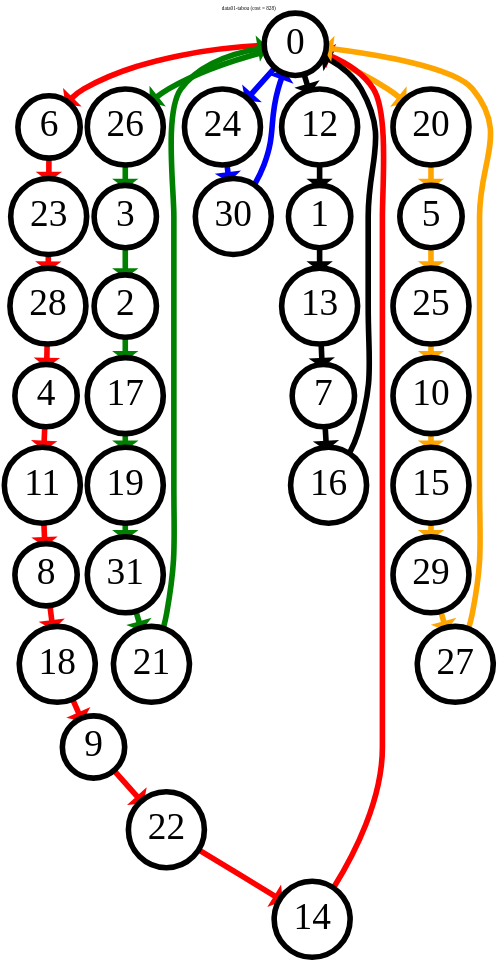
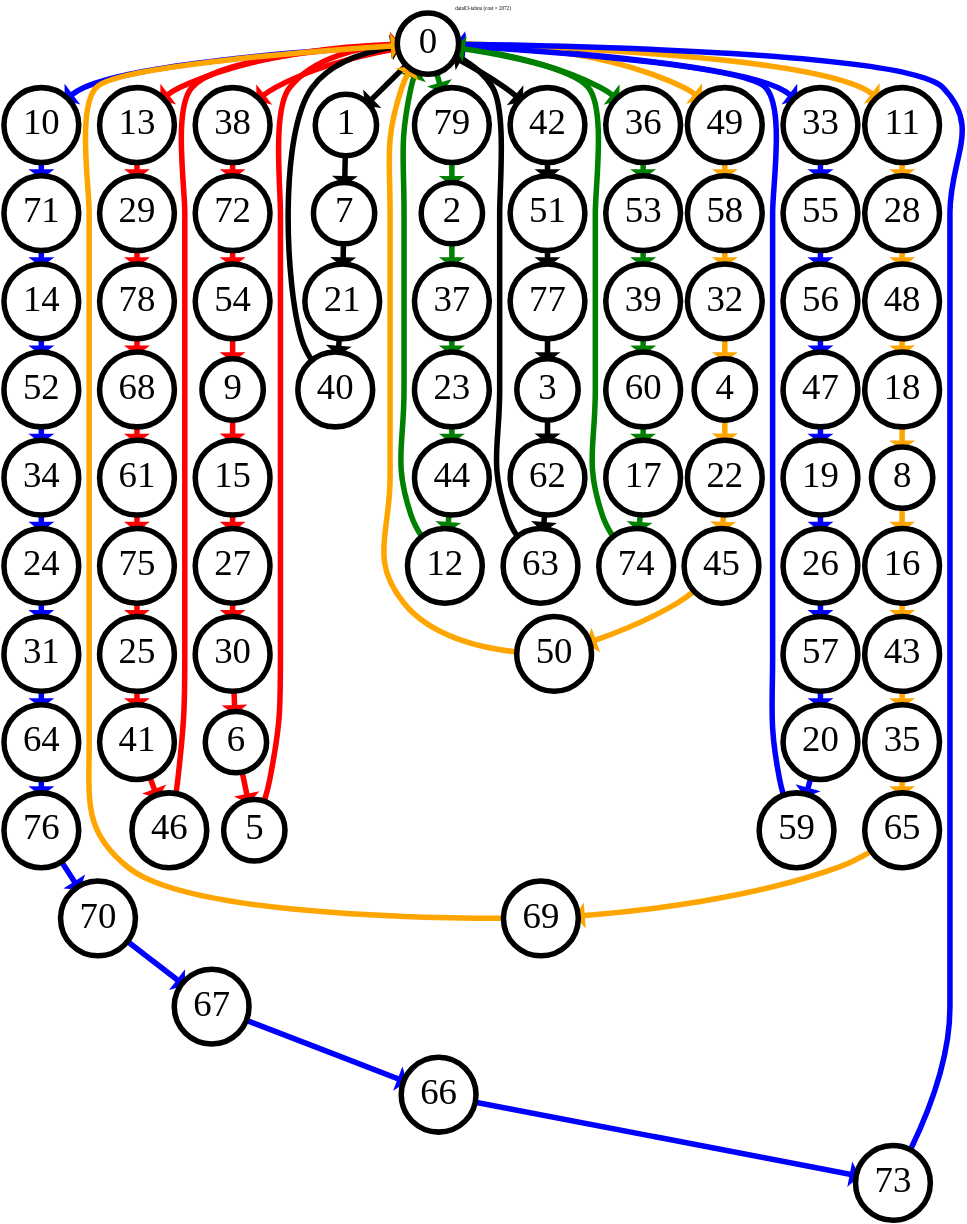
One commit to Elomidas/CVRP changed the diagram in graphviz/tmp.dot. Above: the diagram before and after it, drawn with Graphviz. The commit also changed 10 other files, not shown here.

```diff
--- a/graphviz/tmp.dot
+++ b/graphviz/tmp.dot
@@ -1,75 +1,176 @@
 digraph g {
 labelloc="t";
-label="data01-tabou (cost = 828)";
+label="data03-tabou (cost = 2072)";
 margin="3,3!";
 outputorder="edgesfirst";
 node [fontsize = 100, shape=circle, fillcolor=white, style=filled];
-0 [pos = "82,76!", penwidth=15];
-1 [pos = "96,44!", penwidth=15];
-2 [pos = "50,5!", penwidth=15];
-3 [pos = "49,8!", penwidth=15];
-4 [pos = "13,7!", penwidth=15];
-5 [pos = "29,89!", penwidth=15];
-6 [pos = "58,30!", penwidth=15];
-7 [pos = "84,39!", penwidth=15];
-8 [pos = "14,24!", penwidth=15];
-9 [pos = "2,39!", penwidth=15];
-10 [pos = "3,82!", penwidth=15];
-11 [pos = "5,10!", penwidth=15];
-12 [pos = "98,52!", penwidth=15];
-13 [pos = "84,25!", penwidth=15];
-14 [pos = "61,59!", penwidth=15];
-15 [pos = "1,65!", penwidth=15];
-16 [pos = "88,51!", penwidth=15];
-17 [pos = "91,2!", penwidth=15];
-18 [pos = "19,32!", penwidth=15];
-19 [pos = "93,3!", penwidth=15];
-20 [pos = "50,93!", penwidth=15];
-21 [pos = "98,14!", penwidth=15];
-22 [pos = "5,42!", penwidth=15];
-23 [pos = "42,9!", penwidth=15];
-24 [pos = "61,62!", penwidth=15];
-25 [pos = "9,97!", penwidth=15];
-26 [pos = "80,55!", penwidth=15];
-27 [pos = "57,69!", penwidth=15];
-28 [pos = "23,15!", penwidth=15];
-29 [pos = "20,70!", penwidth=15];
-30 [pos = "85,60!", penwidth=15];
-31 [pos = "98,5!", penwidth=15];
-0->24 [color=blue, penwidth=15];
-24->30 [color=blue, penwidth=15];
-30->0 [color=blue, penwidth=15];
-0->6 [color=red, penwidth=15];
-6->23 [color=red, penwidth=15];
-23->28 [color=red, penwidth=15];
-28->4 [color=red, penwidth=15];
-4->11 [color=red, penwidth=15];
-11->8 [color=red, penwidth=15];
-8->18 [color=red, penwidth=15];
-18->9 [color=red, penwidth=15];
-9->22 [color=red, penwidth=15];
-22->14 [color=red, penwidth=15];
-14->0 [color=red, penwidth=15];
-0->12 [color=black, penwidth=15];
-12->1 [color=black, penwidth=15];
-1->13 [color=black, penwidth=15];
-13->7 [color=black, penwidth=15];
-7->16 [color=black, penwidth=15];
-16->0 [color=black, penwidth=15];
-0->26 [color=green, penwidth=15];
-26->3 [color=green, penwidth=15];
-3->2 [color=green, penwidth=15];
-2->17 [color=green, penwidth=15];
-17->19 [color=green, penwidth=15];
-19->31 [color=green, penwidth=15];
-31->21 [color=green, penwidth=15];
-21->0 [color=green, penwidth=15];
-0->20 [color=orange, penwidth=15];
-20->5 [color=orange, penwidth=15];
-5->25 [color=orange, penwidth=15];
-25->10 [color=orange, penwidth=15];
-10->15 [color=orange, penwidth=15];
-15->29 [color=orange, penwidth=15];
-29->27 [color=orange, penwidth=15];
-27->0 [color=orange, penwidth=15];
+0 [pos = "92,92!", penwidth=15];
+1 [pos = "88,58!", penwidth=15];
+2 [pos = "70,6!", penwidth=15];
+3 [pos = "57,59!", penwidth=15];
+4 [pos = "0,98!", penwidth=15];
+5 [pos = "61,38!", penwidth=15];
+6 [pos = "65,22!", penwidth=15];
+7 [pos = "91,52!", penwidth=15];
+8 [pos = "59,2!", penwidth=15];
+9 [pos = "3,54!", penwidth=15];
+10 [pos = "95,38!", penwidth=15];
+11 [pos = "80,28!", penwidth=15];
+12 [pos = "66,42!", penwidth=15];
+13 [pos = "79,74!", penwidth=15];
+14 [pos = "99,25!", penwidth=15];
+15 [pos = "20,43!", penwidth=15];
+16 [pos = "40,3!", penwidth=15];
+17 [pos = "50,42!", penwidth=15];
+18 [pos = "97,0!", penwidth=15];
+19 [pos = "21,19!", penwidth=15];
+20 [pos = "36,21!", penwidth=15];
+21 [pos = "100,61!", penwidth=15];
+22 [pos = "11,85!", penwidth=15];
+23 [pos = "69,35!", penwidth=15];
+24 [pos = "69,22!", penwidth=15];
+25 [pos = "29,35!", penwidth=15];
+26 [pos = "14,9!", penwidth=15];
+27 [pos = "50,33!", penwidth=15];
+28 [pos = "89,17!", penwidth=15];
+29 [pos = "57,44!", penwidth=15];
+30 [pos = "60,25!", penwidth=15];
+31 [pos = "48,42!", penwidth=15];
+32 [pos = "17,93!", penwidth=15];
+33 [pos = "21,50!", penwidth=15];
+34 [pos = "77,18!", penwidth=15];
+35 [pos = "2,4!", penwidth=15];
+36 [pos = "63,83!", penwidth=15];
+37 [pos = "68,6!", penwidth=15];
+38 [pos = "41,95!", penwidth=15];
+39 [pos = "48,54!", penwidth=15];
+40 [pos = "98,73!", penwidth=15];
+41 [pos = "26,38!", penwidth=15];
+42 [pos = "69,76!", penwidth=15];
+43 [pos = "40,1!", penwidth=15];
+44 [pos = "65,41!", penwidth=15];
+45 [pos = "14,86!", penwidth=15];
+46 [pos = "32,39!", penwidth=15];
+47 [pos = "14,24!", penwidth=15];
+48 [pos = "96,5!", penwidth=15];
+49 [pos = "82,98!", penwidth=15];
+50 [pos = "23,85!", penwidth=15];
+51 [pos = "63,69!", penwidth=15];
+52 [pos = "87,19!", penwidth=15];
+53 [pos = "56,75!", penwidth=15];
+54 [pos = "15,63!", penwidth=15];
+55 [pos = "10,45!", penwidth=15];
+56 [pos = "7,30!", penwidth=15];
+57 [pos = "31,11!", penwidth=15];
+58 [pos = "36,93!", penwidth=15];
+59 [pos = "50,31!", penwidth=15];
+60 [pos = "49,52!", penwidth=15];
+61 [pos = "39,10!", penwidth=15];
+62 [pos = "76,40!", penwidth=15];
+63 [pos = "83,34!", penwidth=15];
+64 [pos = "33,51!", penwidth=15];
+65 [pos = "0,15!", penwidth=15];
+66 [pos = "52,82!", penwidth=15];
+67 [pos = "52,82!", penwidth=15];
+68 [pos = "46,6!", penwidth=15];
+69 [pos = "3,26!", penwidth=15];
+70 [pos = "46,80!", penwidth=15];
+71 [pos = "94,30!", penwidth=15];
+72 [pos = "26,76!", penwidth=15];
+73 [pos = "75,92!", penwidth=15];
+74 [pos = "57,51!", penwidth=15];
+75 [pos = "34,21!", penwidth=15];
+76 [pos = "28,80!", penwidth=15];
+77 [pos = "59,66!", penwidth=15];
+78 [pos = "51,16!", penwidth=15];
+79 [pos = "87,11!", penwidth=15];
+0->33 [color=blue, penwidth=15];
+33->55 [color=blue, penwidth=15];
+55->56 [color=blue, penwidth=15];
+56->47 [color=blue, penwidth=15];
+47->19 [color=blue, penwidth=15];
+19->26 [color=blue, penwidth=15];
+26->57 [color=blue, penwidth=15];
+57->20 [color=blue, penwidth=15];
+20->59 [color=blue, penwidth=15];
+59->0 [color=blue, penwidth=15];
+0->38 [color=red, penwidth=15];
+38->72 [color=red, penwidth=15];
+72->54 [color=red, penwidth=15];
+54->9 [color=red, penwidth=15];
+9->15 [color=red, penwidth=15];
+15->27 [color=red, penwidth=15];
+27->30 [color=red, penwidth=15];
+30->6 [color=red, penwidth=15];
+6->5 [color=red, penwidth=15];
+5->0 [color=red, penwidth=15];
+0->42 [color=black, penwidth=15];
+42->51 [color=black, penwidth=15];
+51->77 [color=black, penwidth=15];
+77->3 [color=black, penwidth=15];
+3->62 [color=black, penwidth=15];
+62->63 [color=black, penwidth=15];
+63->0 [color=black, penwidth=15];
+0->36 [color=green, penwidth=15];
+36->53 [color=green, penwidth=15];
+53->39 [color=green, penwidth=15];
+39->60 [color=green, penwidth=15];
+60->17 [color=green, penwidth=15];
+17->74 [color=green, penwidth=15];
+74->0 [color=green, penwidth=15];
+0->49 [color=orange, penwidth=15];
+49->58 [color=orange, penwidth=15];
+58->32 [color=orange, penwidth=15];
+32->4 [color=orange, penwidth=15];
+4->22 [color=orange, penwidth=15];
+22->45 [color=orange, penwidth=15];
+45->50 [color=orange, penwidth=15];
+50->0 [color=orange, penwidth=15];
+0->10 [color=blue, penwidth=15];
+10->71 [color=blue, penwidth=15];
+71->14 [color=blue, penwidth=15];
+14->52 [color=blue, penwidth=15];
+52->34 [color=blue, penwidth=15];
+34->24 [color=blue, penwidth=15];
+24->31 [color=blue, penwidth=15];
+31->64 [color=blue, penwidth=15];
+64->76 [color=blue, penwidth=15];
+76->70 [color=blue, penwidth=15];
+70->67 [color=blue, penwidth=15];
+67->66 [color=blue, penwidth=15];
+66->73 [color=blue, penwidth=15];
+73->0 [color=blue, penwidth=15];
+0->13 [color=red, penwidth=15];
+13->29 [color=red, penwidth=15];
+29->78 [color=red, penwidth=15];
+78->68 [color=red, penwidth=15];
+68->61 [color=red, penwidth=15];
+61->75 [color=red, penwidth=15];
+75->25 [color=red, penwidth=15];
+25->41 [color=red, penwidth=15];
+41->46 [color=red, penwidth=15];
+46->0 [color=red, penwidth=15];
+0->1 [color=black, penwidth=15];
+1->7 [color=black, penwidth=15];
+7->21 [color=black, penwidth=15];
+21->40 [color=black, penwidth=15];
+40->0 [color=black, penwidth=15];
+0->79 [color=green, penwidth=15];
+79->2 [color=green, penwidth=15];
+2->37 [color=green, penwidth=15];
+37->23 [color=green, penwidth=15];
+23->44 [color=green, penwidth=15];
+44->12 [color=green, penwidth=15];
+12->0 [color=green, penwidth=15];
+0->11 [color=orange, penwidth=15];
+11->28 [color=orange, penwidth=15];
+28->48 [color=orange, penwidth=15];
+48->18 [color=orange, penwidth=15];
+18->8 [color=orange, penwidth=15];
+8->16 [color=orange, penwidth=15];
+16->43 [color=orange, penwidth=15];
+43->35 [color=orange, penwidth=15];
+35->65 [color=orange, penwidth=15];
+65->69 [color=orange, penwidth=15];
+69->0 [color=orange, penwidth=15];
 }
```
